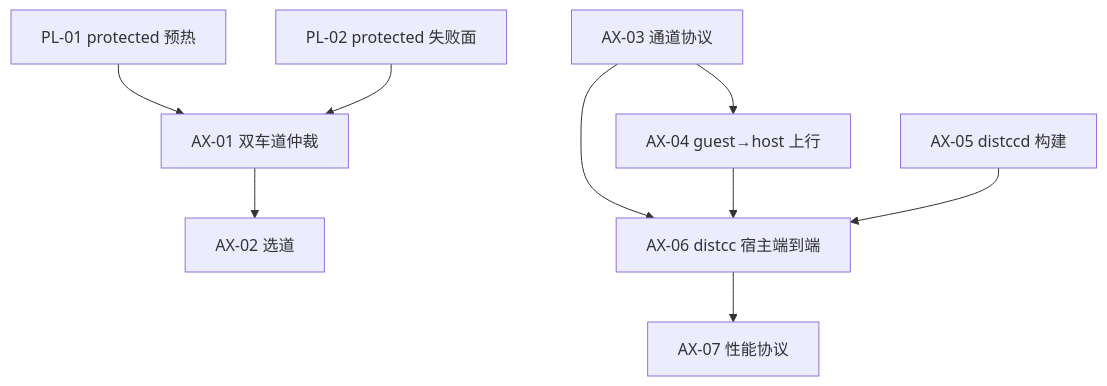
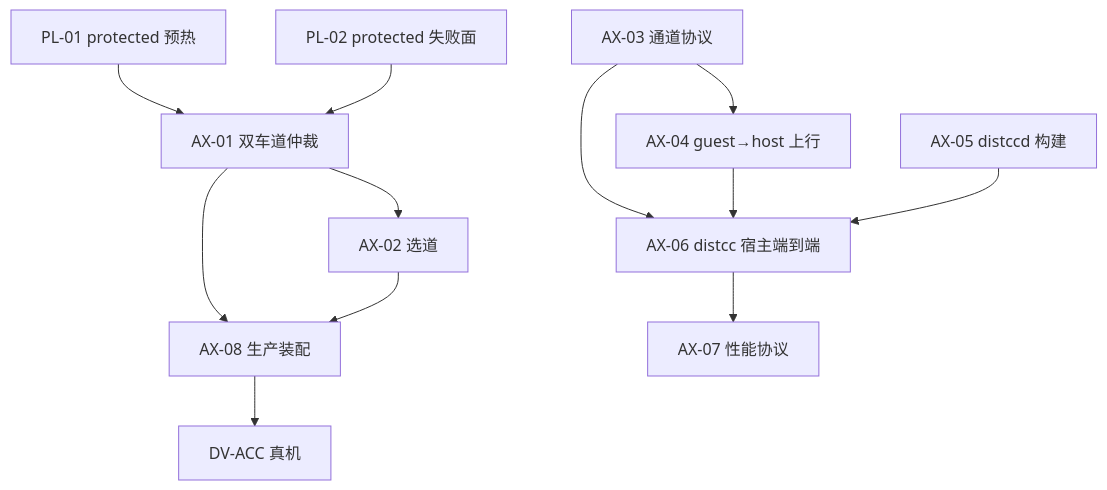
The diagram in .scratch/orchestella-accelerator/决策地图.md (Nyzeep/Orchestella-Studio), drawn with Mermaid before and after one commit. The commit also changed other lines of this file and 5 other files, not shown here.

````diff
--- a/.scratch/orchestella-accelerator/决策地图.md
+++ b/.scratch/orchestella-accelerator/决策地图.md
@@ -41,11 +42,14 @@
 ```mermaid
 flowchart TD
     PL01[PL-01 protected 预热] --> AX01[AX-01 双车道仲裁]
     PL02[PL-02 protected 失败面] --> AX01
     AX01 --> AX02[AX-02 选道]
+    AX01 --> AX08[AX-08 生产装配]
+    AX02 --> AX08
+    AX08 --> DVACC[DV-ACC 真机]
     AX03[AX-03 通道协议] --> AX04[AX-04 guest→host 上行]
     AX03 --> AX06
     AX04 --> AX06
     AX05[AX-05 distccd 构建] --> AX06[AX-06 distcc 宿主端到端]
     AX06 --> AX07[AX-07 性能协议]
 ```
````
